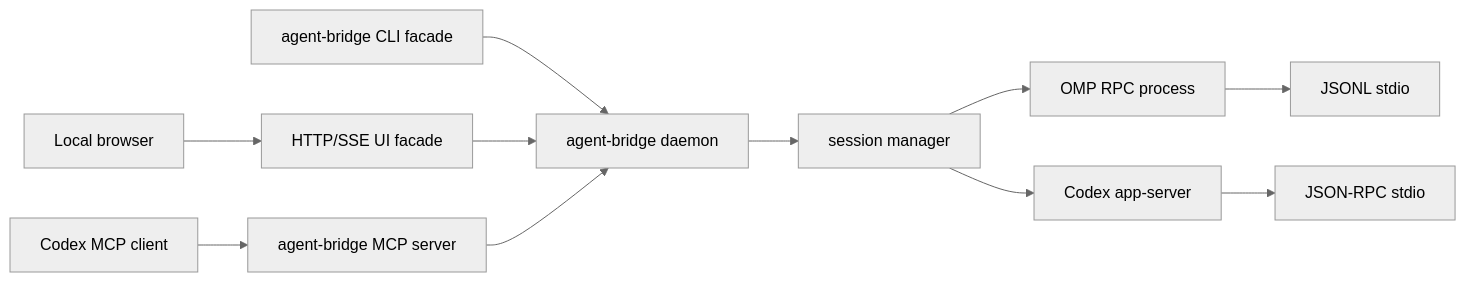
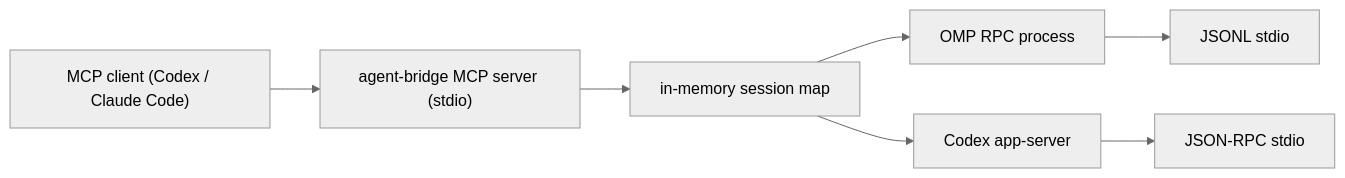
Before and after one commit to LeoWang329/agent-bridge: the diagram in docs/DEVELOPMENT.md, drawn with Mermaid (neutral theme). The commit also changed other lines of this file and 10 other files, not shown here.

````diff
--- a/docs/DEVELOPMENT.md
+++ b/docs/DEVELOPMENT.md
@@ -26,13 +26,9 @@
 ```mermaid
 flowchart LR
-  Codex["Codex MCP client"] --> Bridge["agent-bridge MCP server"]
-  CLI["agent-bridge CLI facade"] --> Daemon["agent-bridge daemon"]
-  Browser["Local browser"] --> UI["HTTP/SSE UI facade"]
-  UI --> Daemon
-  Bridge --> Daemon
-  Daemon --> BridgeCore["session manager"]
-  BridgeCore --> OMP["OMP RPC process"]
-  BridgeCore --> CDX["Codex app-server"]
+  Client["MCP client (Codex / Claude Code)"] --> Bridge["agent-bridge MCP server (stdio)"]
+  Bridge --> Sessions["in-memory session map"]
+  Sessions --> OMP["OMP RPC process"]
+  Sessions --> CDX["Codex app-server"]
   OMP --> OMPIO["JSONL stdio"]
   CDX --> CDXIO["JSON-RPC stdio"]
 ```
````
